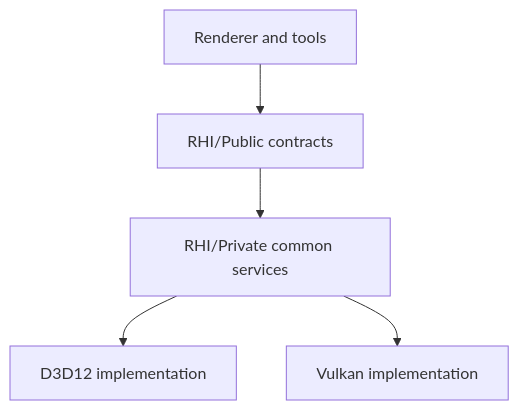
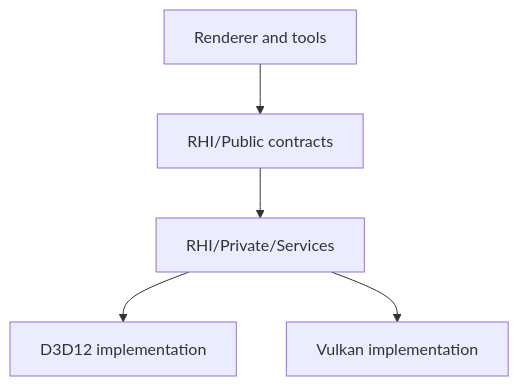
The diagram in docs/architecture/rhi-contract-map.md (stoleckipawel/SparkleEngine), drawn with Mermaid before and after one commit. The commit also changed other lines of this file and 30 other files, not shown here.

Commit message:
refined global architecture docs

````diff
--- a/docs/architecture/rhi-contract-map.md
+++ b/docs/architecture/rhi-contract-map.md
@@ -31,13 +35,13 @@
 ```mermaid
 flowchart TD
     Renderer[Renderer and tools]
     Public[RHI/Public contracts]
-    Common[RHI/Private common services]
+    Common[RHI/Private/Services]
     D3D12[D3D12 implementation]
     Vulkan[Vulkan implementation]
 
     Renderer --> Public
     Public --> Common
     Common --> D3D12
     Common --> Vulkan
 ```
````
